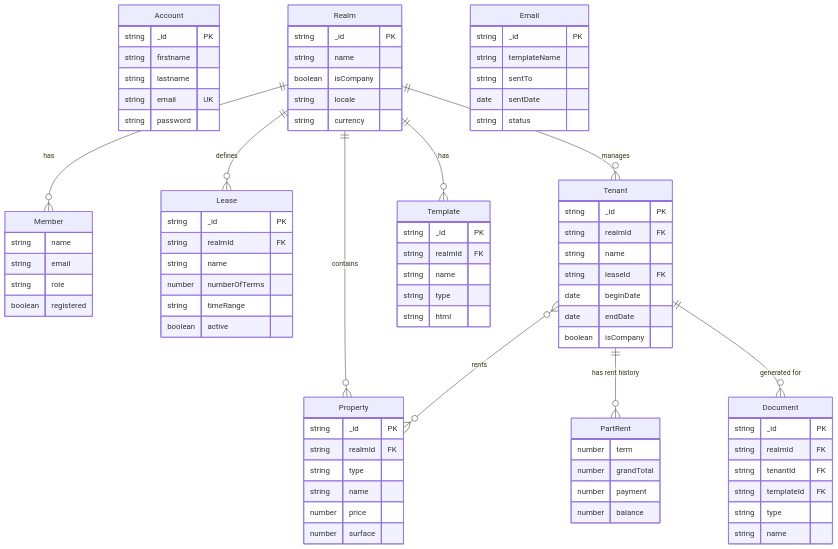
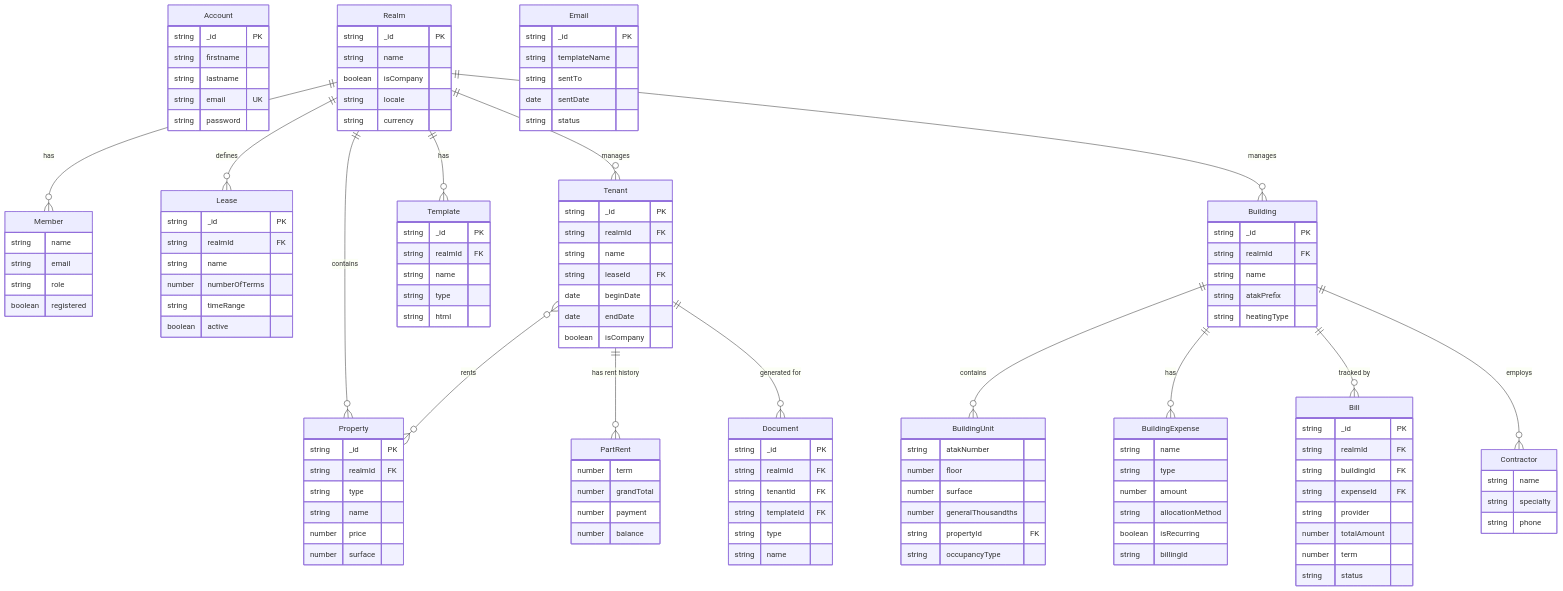
Before and after one commit to directorscut82/microrealestate: the fourth of 6 diagrams in .kiro/steering/architecture-diagrams.md, drawn with Mermaid. The commit also changed 24 other files, not shown here.

````diff
--- a/.kiro/steering/architecture-diagrams.md
+++ b/.kiro/steering/architecture-diagrams.md
@@ -250,4 +250,53 @@
         date sentDate
         string status
     }
+
+    Realm ||--o{ Building : manages
+    Building {
+        string _id PK
+        string realmId FK
+        string name
+        string atakPrefix
+        string heatingType
+    }
+
+    Building ||--o{ BuildingUnit : contains
+    BuildingUnit {
+        string atakNumber
+        number floor
+        number surface
+        number generalThousandths
+        string propertyId FK
+        string occupancyType
+    }
+
+    Building ||--o{ BuildingExpense : has
+    BuildingExpense {
+        string name
+        string type
+        number amount
+        string allocationMethod
+        boolean isRecurring
+        string billingId
+    }
+
+    Building ||--o{ Bill : "tracked by"
+    Bill {
+        string _id PK
+        string realmId FK
+        string buildingId FK
+        string expenseId FK
+        string provider
+        number totalAmount
+        number term
+        string status
+    }
+
+    Building ||--o{ Contractor : employs
+    Contractor {
+        string name
+        string specialty
+        string phone
+    }
+
 ```
````
